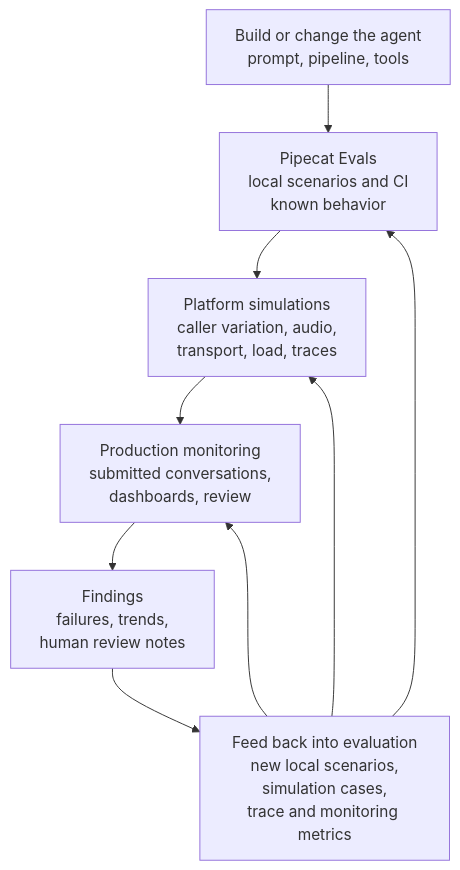
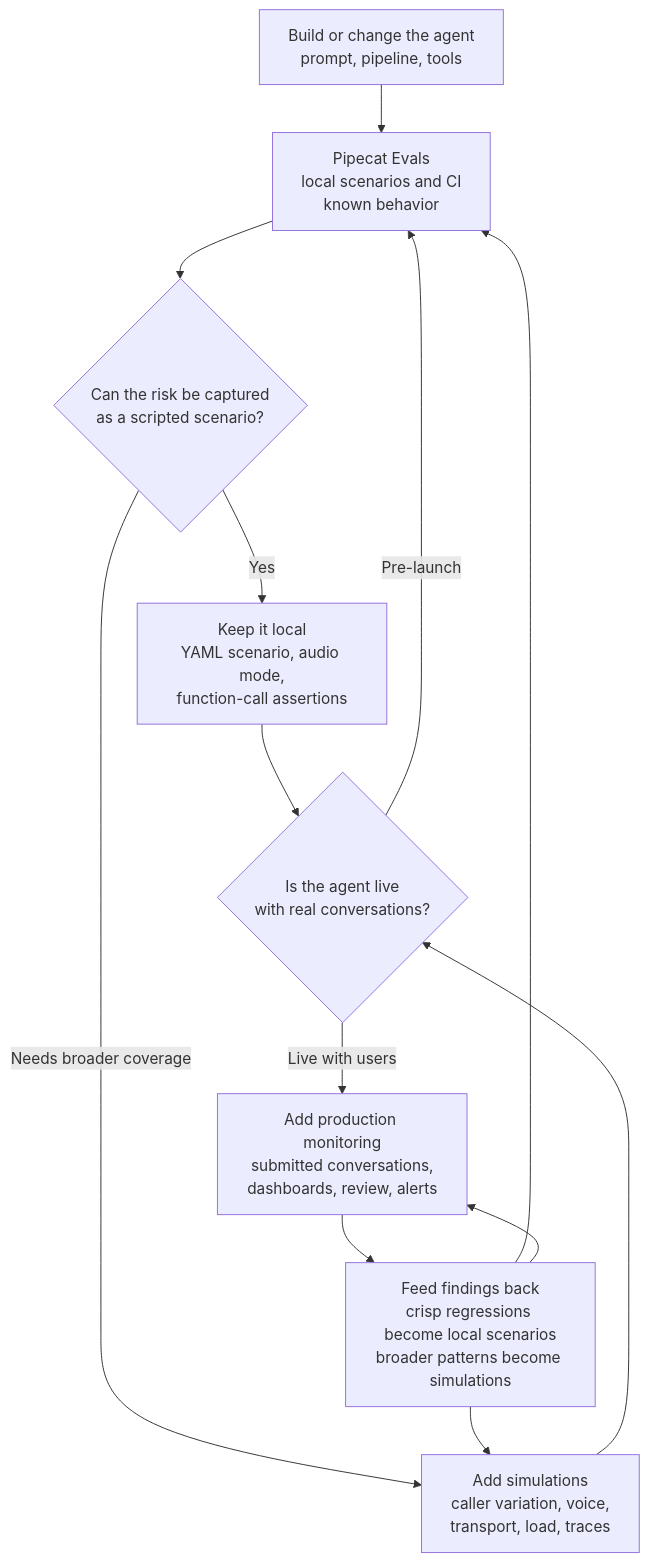
Before and after one commit to pipecat-ai/docs: the diagram in pipecat/evals/lifecycle.mdx, drawn with Mermaid. The commit also changed other lines of this file, not shown here.

Commit message:
Clarify evals lifecycle transition points

````diff
--- a/pipecat/evals/lifecycle.mdx
+++ b/pipecat/evals/lifecycle.mdx
@@ -25,11 +25,15 @@
 ```mermaid
 flowchart TB
   A["Build or change the agent<br/>prompt, pipeline, tools"] --> B["Pipecat Evals<br/>local scenarios and CI<br/>known behavior"]
-  B --> C["Platform simulations<br/>caller variation, audio,<br/>transport, load, traces"]
-  C --> D["Production monitoring<br/>submitted conversations,<br/>dashboards, review"]
-  D --> E["Findings<br/>failures, trends,<br/>human review notes"]
-  E --> F["Feed back into evaluation<br/>new local scenarios,<br/>simulation cases,<br/>trace and monitoring metrics"]
-  F --> B
-  F --> C
-  F --> D
+  B --> C{"Can the risk be captured<br/>as a scripted scenario?"}
+  C -->|Yes| D["Keep it local<br/>YAML scenario, audio mode,<br/>function-call assertions"]
+  C -->|Needs broader coverage| E["Add simulations<br/>caller variation, voice,<br/>transport, load, traces"]
+  D --> F{"Is the agent live<br/>with real conversations?"}
+  E --> F
+  F -->|Pre-launch| B
+  F -->|Live with users| G["Add production monitoring<br/>submitted conversations,<br/>dashboards, review, alerts"]
+  G --> H["Feed findings back<br/>crisp regressions become local scenarios<br/>broader patterns become simulations"]
+  H --> B
+  H --> E
+  H --> G
 ```
````
